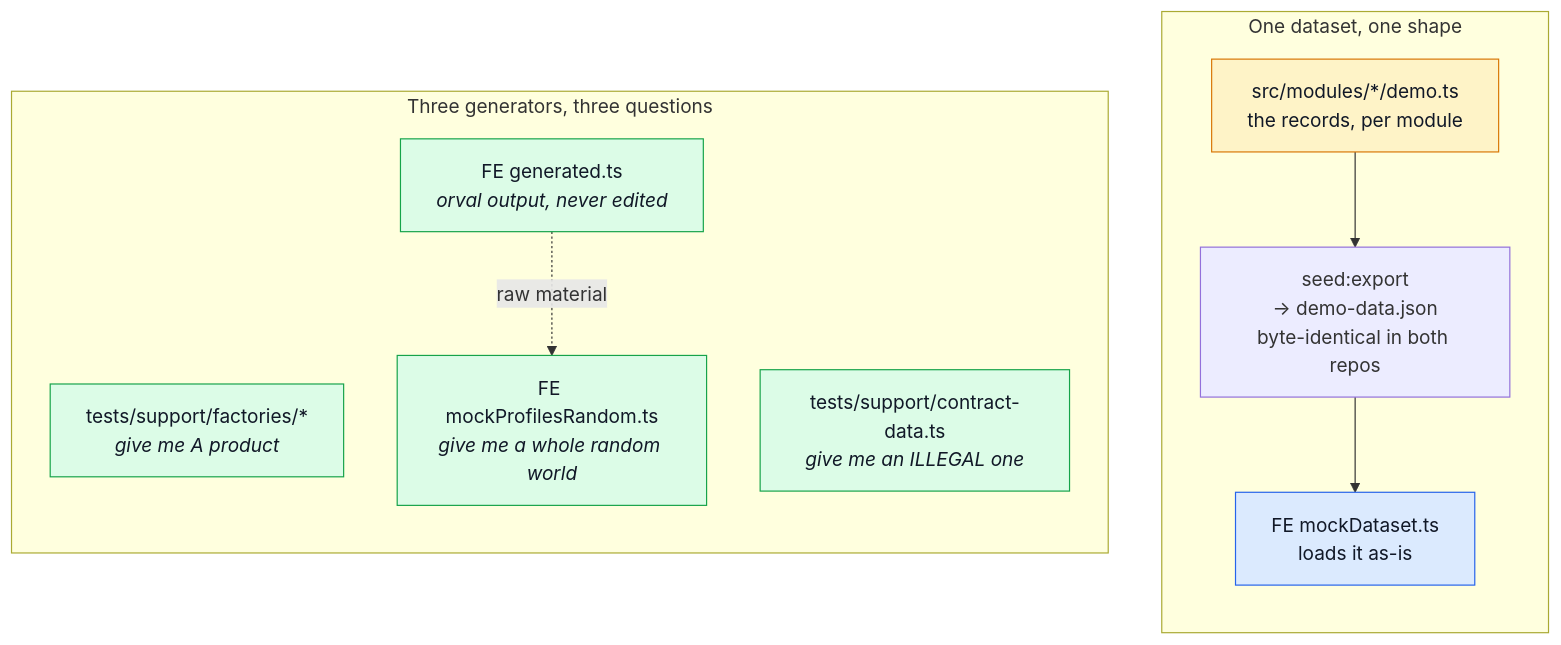
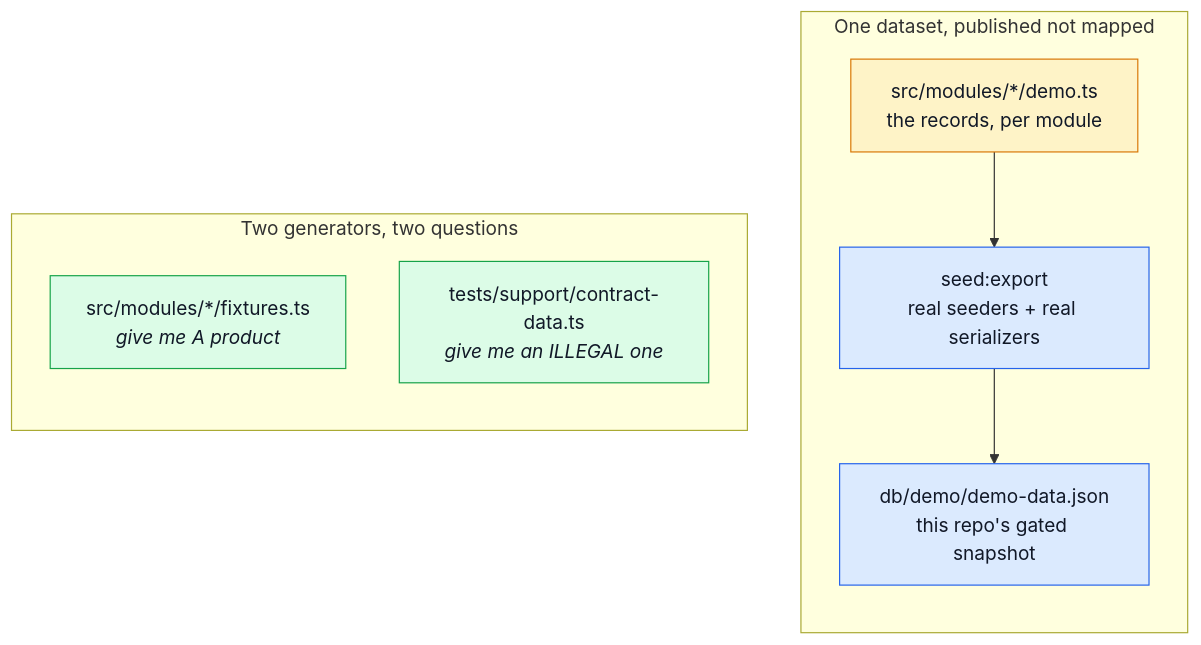
Before and after one commit to Guebbit/boilerplate-node-backend: the second of 3 diagrams in docs/tools/testing-and-docs.md, drawn with Mermaid. The commit also changed other lines of this file and 4 other files, not shown here.

First line of the commit message:
docs(demo): stop claiming the demo dataset is copied to the frontend

````diff
--- a/docs/tools/testing-and-docs.md
+++ b/docs/tools/testing-and-docs.md
@@ -91,27 +91,23 @@
 ```mermaid
 %%{init: {'flowchart': {'nodeSpacing': 45, 'rankSpacing': 55}}}%%
 flowchart TB
-    subgraph one["One dataset, one shape"]
+    subgraph one["One dataset, published not mapped"]
         direction TB
         Seed["src/modules/*/demo.ts<br/>the records, per module"]
-        Seed --> Export["seed:export<br/>→ demo-data.json<br/>byte-identical in both repos"]
-        Export --> FEMap["FE mockDataset.ts<br/>loads it as-is"]
+        Seed --> Export["seed:export<br/>real seeders + real serializers"]
+        Export --> Dataset["db/demo/demo-data.json<br/>this repo's gated snapshot"]
     end
 
-    subgraph three["Three generators, three questions"]
+    subgraph two["Two generators, two questions"]
         direction TB
-        Factories["tests/support/factories/*<br/><i>give me A product</i>"]
+        Factories["src/modules/*/fixtures.ts<br/><i>give me A product</i>"]
         ContractData["tests/support/contract-data.ts<br/><i>give me an ILLEGAL one</i>"]
-        Random["FE mockProfilesRandom.ts<br/><i>give me a whole random world</i>"]
-        Generated["FE generated.ts<br/><i>orval output, never edited</i>"]
     end
-
-    Generated -.raw material.-> Random
 
     classDef source fill:#fef3c7,stroke:#d97706,color:#111827;
     classDef mapper fill:#dbeafe,stroke:#2563eb,color:#111827;
     classDef gen fill:#dcfce7,stroke:#16a34a,color:#111827;
     class Seed source;
-    class BEMap,FEMap mapper;
-    class Factories,ContractData,Random,Generated gen;
+    class Export,Dataset mapper;
+    class Factories,ContractData gen;
 ```
````
